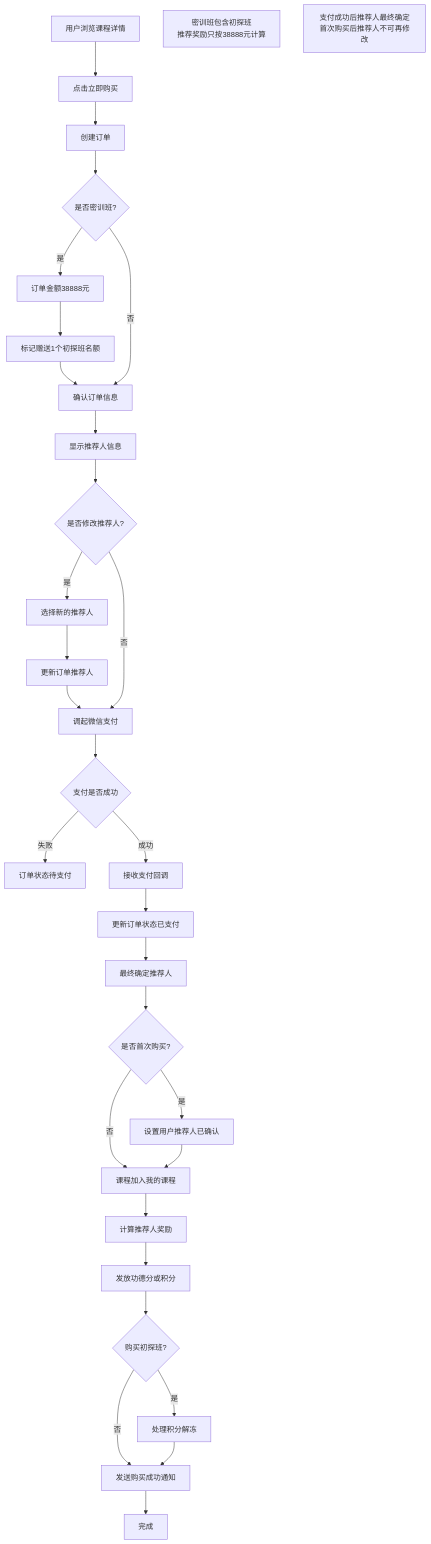
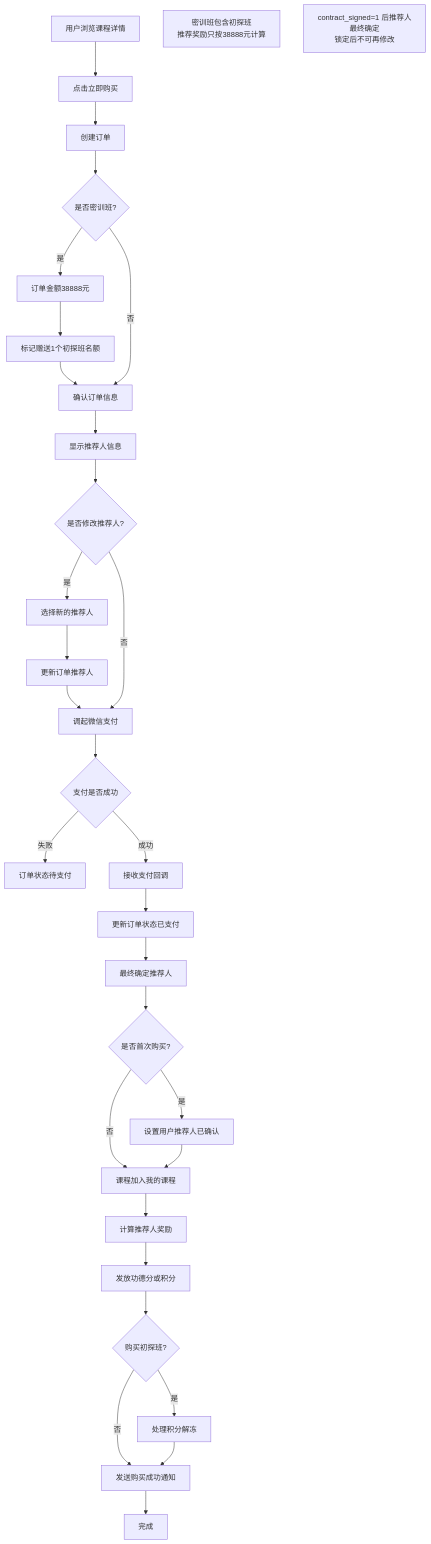
One commit to richenHe/tiandaowenhua_xcx changed the fourth of 21 diagrams in 需求文档-V2.md. Above: the diagram before and after it, drawn with Mermaid. The commit also changed other lines of this file and 140 other files, not shown here.

````diff
--- a/需求文档-V2.md
+++ b/需求文档-V2.md
@@ -539,39 +526,39 @@
 ```mermaid
 flowchart TD
     A[用户浏览课程详情] --> B[点击立即购买]
     B --> C[创建订单]
     C --> D{是否密训班?}
     D -->|是| D1[订单金额38888元]
     D1 --> D2[标记赠送1个初探班名额]
     D2 --> E
     D -->|否| E[确认订单信息]
     
     E --> E1[显示推荐人信息]
     E1 --> E2{是否修改推荐人?}
     E2 -->|是| E3[选择新的推荐人]
     E3 --> E4[更新订单推荐人]
     E4 --> F
     E2 -->|否| F[调起微信支付]
     
     F --> G{支付是否成功}
     G -->|失败| H[订单状态待支付]
     G -->|成功| I[接收支付回调]
     I --> J[更新订单状态已支付]
     J --> J1[最终确定推荐人]
     J1 --> J2{是否首次购买?}
     J2 -->|是| J3[设置用户推荐人已确认]
     J2 -->|否| K
     J3 --> K[课程加入我的课程]
     
     K --> L[计算推荐人奖励]
     L --> M[发放功德分或积分]
     
     M --> N{购买初探班?}
     N -->|是| O[处理积分解冻]
     N -->|否| P
     O --> P[发送购买成功通知]
     P --> Q[完成]
     
     note1[密训班包含初探班<br/>推荐奖励只按38888元计算]
-    note2[支付成功后推荐人最终确定<br/>首次购买后推荐人不可再修改]
+    note2[contract_signed=1 后推荐人最终确定<br/>锁定后不可再修改]
 ```
````
